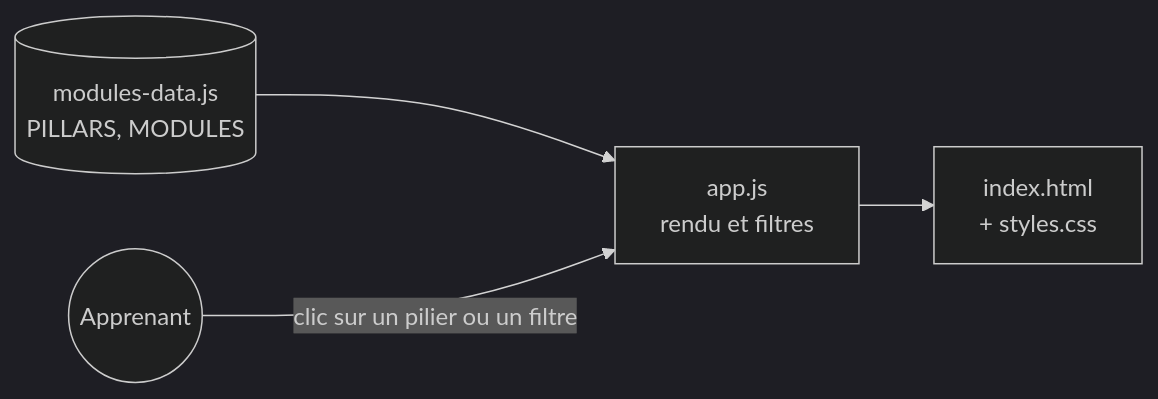
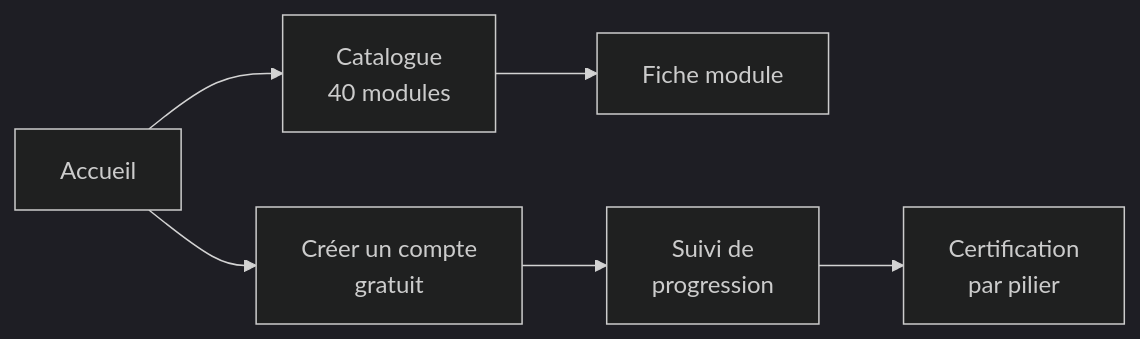
The second of 2 diagrams in README.md (Teede-N/ia-classroom), drawn with Mermaid (dark theme) before and after one commit. The commit also changed other lines of this file, not shown here.

````diff
--- a/README.md
+++ b/README.md
@@ -115,6 +95,8 @@
 ```mermaid
 flowchart LR
-    D[(modules-data.js<br/>PILLARS, MODULES)] --> A[app.js<br/>rendu et filtres]
-    A --> V[index.html<br/>+ styles.css]
-    U((Apprenant)) -->|clic sur un pilier ou un filtre| A
+    A[Accueil] --> B[Catalogue<br/>40 modules]
+    B --> C[Fiche module]
+    A --> D[Créer un compte<br/>gratuit]
+    D --> E[Suivi de<br/>progression]
+    E --> F[Certification<br/>par pilier]
 ```
````
